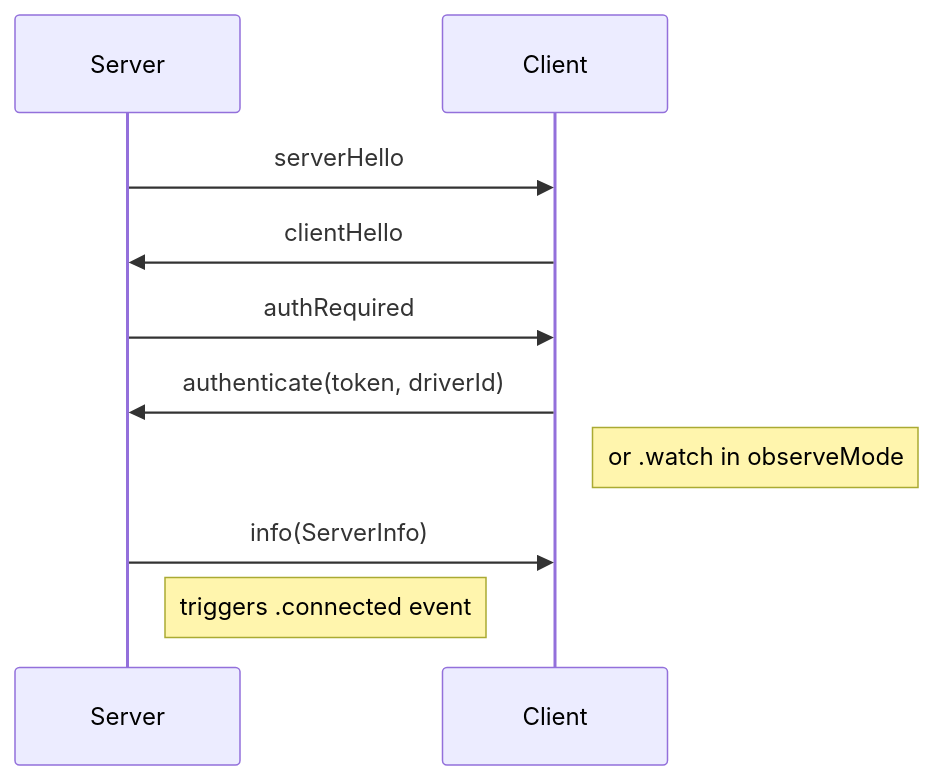
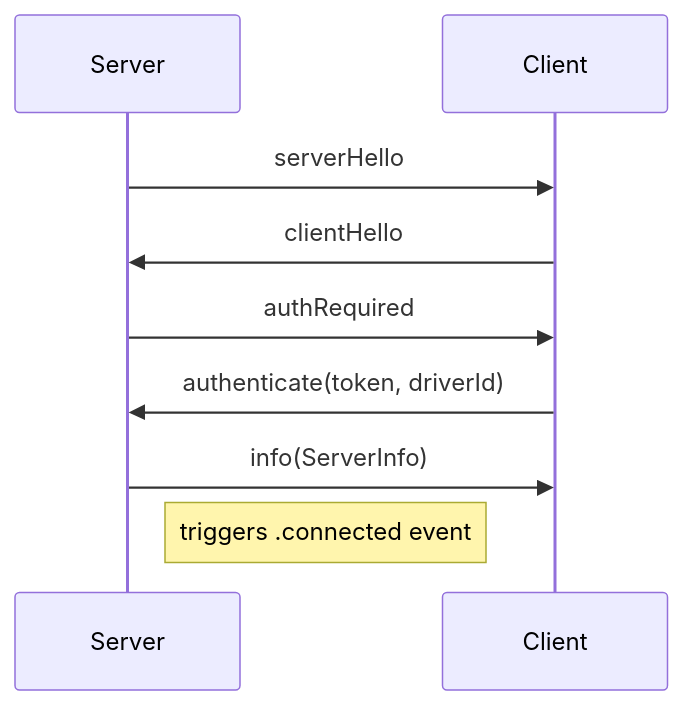
Before and after one commit to RoyalPineapple/TheButtonHeist: the second of 3 diagrams in docs/dossiers/04-THEHANDOFF.md, drawn with Mermaid. The commit also changed other lines of this file and 35 other files, not shown here.

````diff
--- a/docs/dossiers/04-THEHANDOFF.md
+++ b/docs/dossiers/04-THEHANDOFF.md
@@ -111,12 +111,11 @@
 ```mermaid
 sequenceDiagram
     participant S as Server
     participant C as Client
     S->>C: serverHello
     C->>S: clientHello
     S->>C: authRequired
     C->>S: authenticate(token, driverId)
-    Note right of C: or .watch in observeMode
     S->>C: info(ServerInfo)
     Note right of S: triggers .connected event
 ```
````
